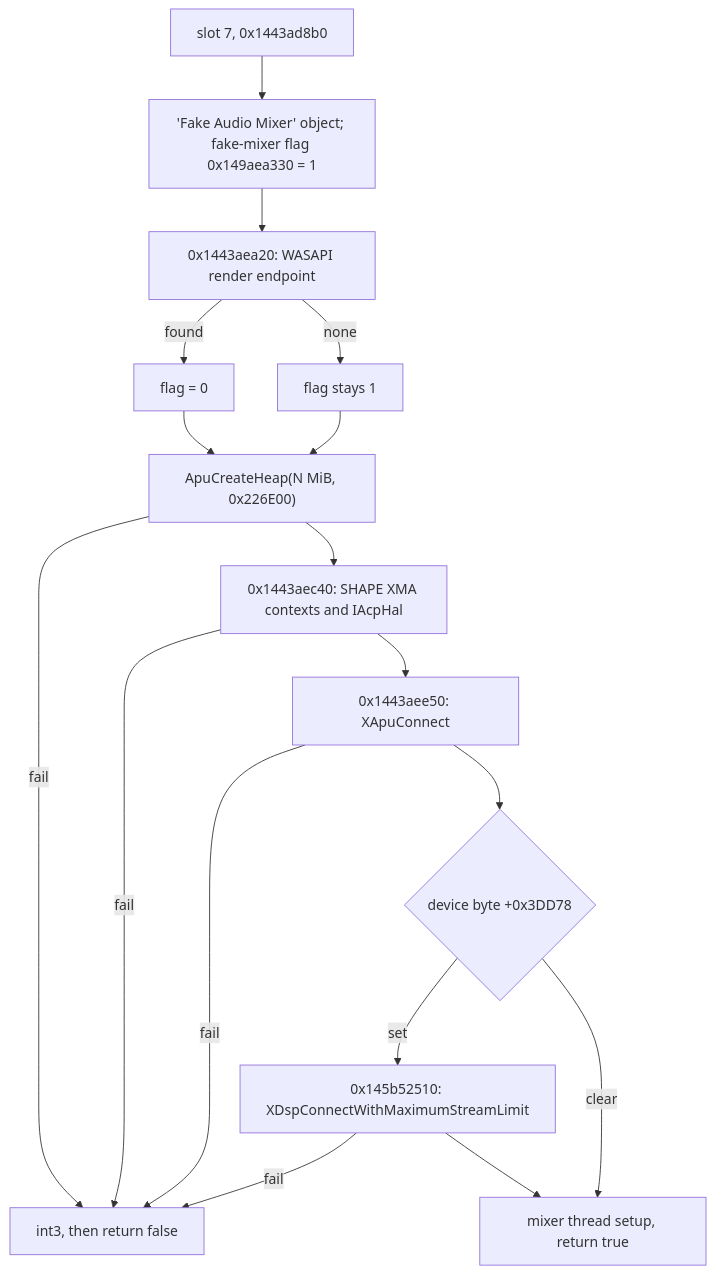
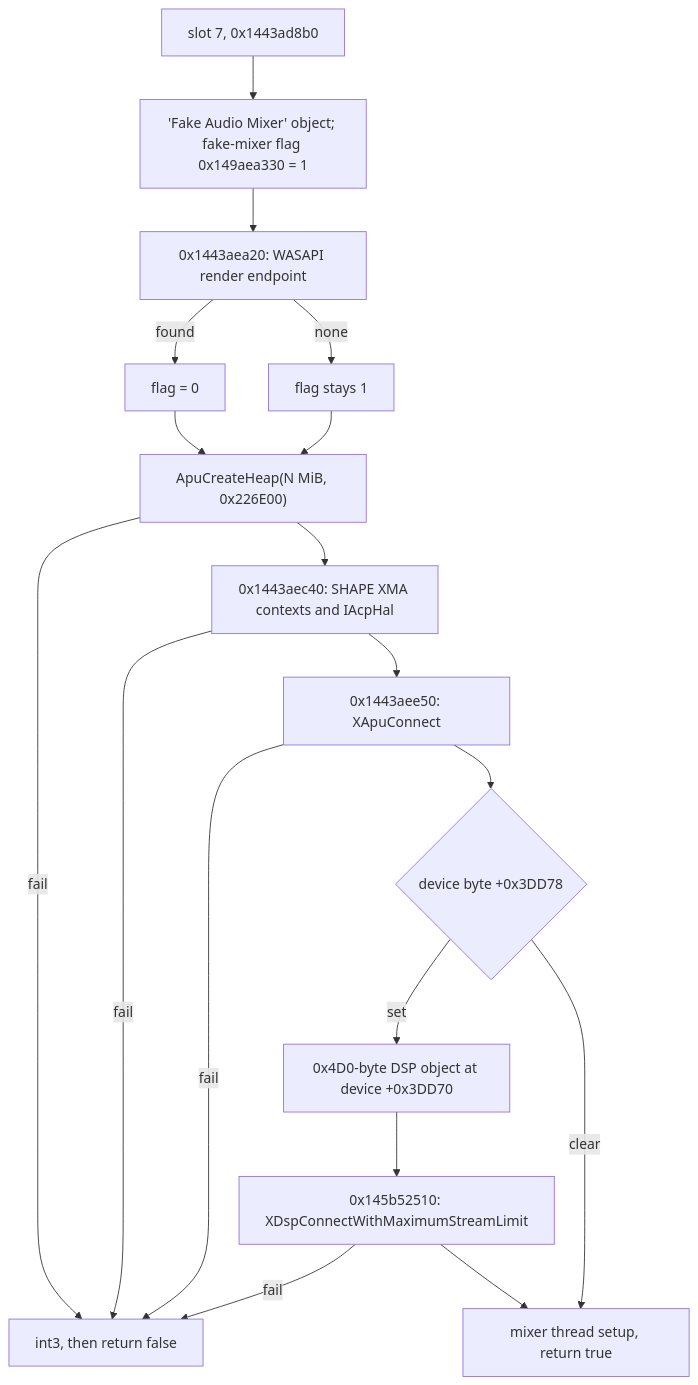
Before and after one commit to Elijah-J/five-star-recomp: the diagram in docs/audio-runtime.md, drawn with Mermaid. The commit also changed other lines of this file and 1 other file, not shown here.

Commit message:
Docs: XDsp connect, activation configs, commands and the completion poll

````diff
--- a/docs/audio-runtime.md
+++ b/docs/audio-runtime.md
@@ -16,19 +16,20 @@
 ```mermaid
 flowchart TD
   start["slot 7, 0x1443ad8b0"] --> fake["'Fake Audio Mixer' object; fake-mixer flag 0x149aea330 = 1"]
   fake --> wasapi["0x1443aea20: WASAPI render endpoint"]
   wasapi -->|"found"| real["flag = 0"]
   wasapi -->|"none"| keep["flag stays 1"]
   real --> heap
   keep --> heap
   heap["ApuCreateHeap(N MiB, 0x226E00)"] -->|"fail"| brk
   heap --> shape["0x1443aec40: SHAPE XMA contexts and IAcpHal"]
   shape -->|"fail"| brk
   shape --> xapu["0x1443aee50: XApuConnect"]
   xapu -->|"fail"| brk["int3, then return false"]
   xapu --> dsp{"device byte +0x3DD78"}
-  dsp -->|"set"| xdsp["0x145b52510: XDspConnectWithMaximumStreamLimit"]
+  dsp -->|"set"| obj["0x4D0-byte DSP object at device +0x3DD70"]
+  obj --> xdsp["0x145b52510: XDspConnectWithMaximumStreamLimit"]
   xdsp -->|"fail"| brk
   dsp -->|"clear"| ok["mixer thread setup, return true"]
   xdsp --> ok
 ```
````
